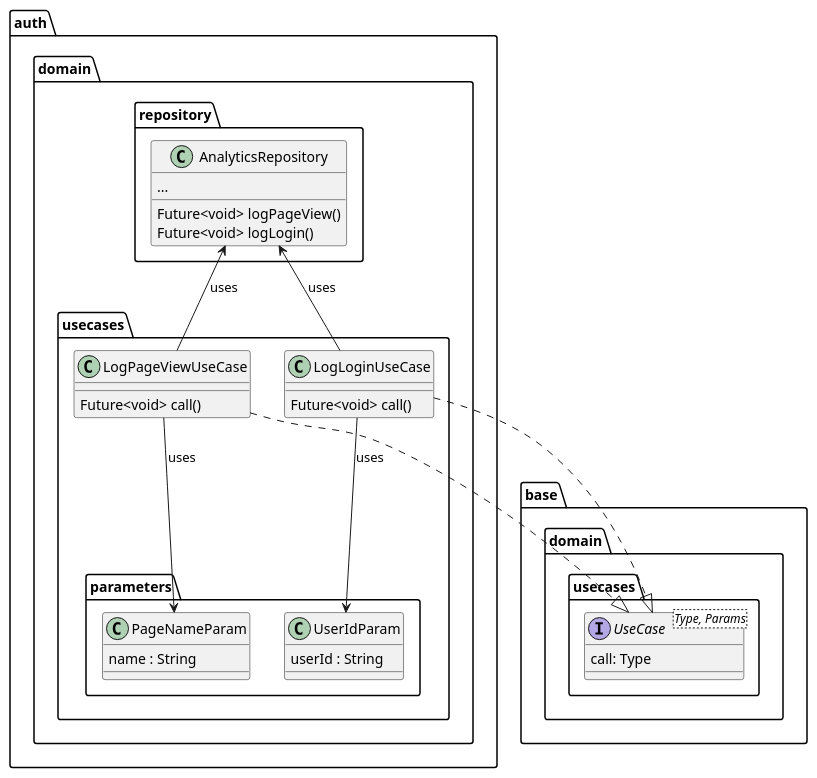
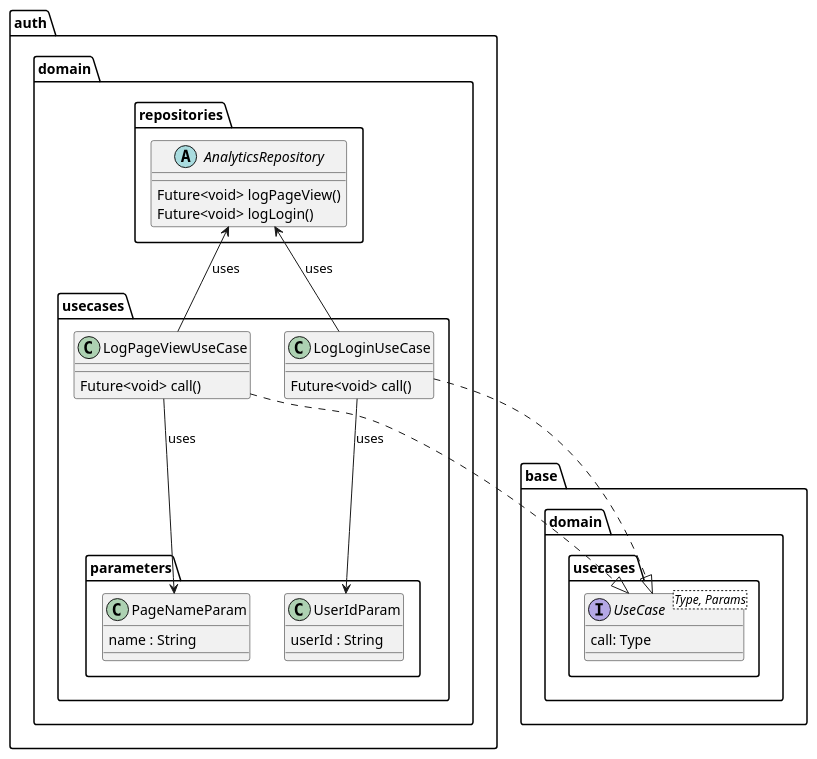
One commit to Flank/flank-dashboard changed the diagram in metrics/web/docs/features/firebase_analytics/diagrams/firebase_analytics_domain_class.puml. Above: the diagram before and after it, drawn with PlantUML. The commit also changed 3 other files, not shown here.

Commit message:
Create Firebase analytics design document. Create diagrams.

```diff
--- a/metrics/web/docs/features/firebase_analytics/diagrams/firebase_analytics_domain_class.puml
+++ b/metrics/web/docs/features/firebase_analytics/diagrams/firebase_analytics_domain_class.puml
@@ -1,38 +1,42 @@
 @startuml
 package base.domain.usecases {
     interface UseCase<Type, Params> {
         call: Type
     }
 }
+
 package auth.domain {
-    package repository {
-        class AnalyticsRepository {
-            ...
+    package repositories {
+        abstract class AnalyticsRepository {
             Future<void> logPageView()
             Future<void> logLogin()
         }
     }
     package usecases {
         package parameters {
             class UserIdParam {
                 userId : String
             }
+
             class PageNameParam {
                 name : String
             }
         }
+
         class LogPageViewUseCase {
             Future<void> call()
         }
+
         class LogLoginUseCase {
             Future<void> call()
         }
     }
 }
+
 LogPageViewUseCase ..|> UseCase
 LogLoginUseCase ..|> UseCase
 LogLoginUseCase --> UserIdParam : uses
 LogPageViewUseCase --> PageNameParam : uses
 LogPageViewUseCase -up-> AnalyticsRepository : uses
 LogLoginUseCase -up-> AnalyticsRepository : uses
 @enduml
```
